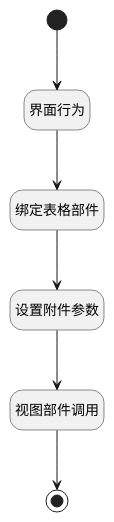
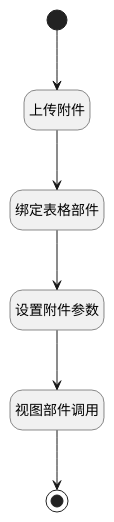
One commit to iBizLab/plm changed the diagram in doc/docsify/module/TestMgmt/review/uilogic/add_attachment.md. Above: the diagram before and after it, drawn with PlantUML. The commit also changed other lines of this file and 1068 other files, not shown here.

````diff
--- a/doc/docsify/module/TestMgmt/review/uilogic/add_attachment.md
+++ b/doc/docsify/module/TestMgmt/review/uilogic/add_attachment.md
@@ -7,27 +7,27 @@
 ```plantuml
 @startuml
 hide footbox
 <style>
 root {
   HyperlinkColor #42b983
 }
 </style>
 
 hide empty description
 state "开始" as Begin <<start>> [[$./add_attachment#begin {开始}]]
+state "绑定表格部件" as PREPAREJSPARAM1  [[$./add_attachment#preparejsparam1 {绑定表格部件}]]
 state "视图部件调用" as VIEWCTRLINVOKE2  [[$./add_attachment#viewctrlinvoke2 {视图部件调用}]]
-state "界面行为" as DEUIACTION1  [[$./add_attachment#deuiaction1 {界面行为}]]
+state "上传附件" as DEUIACTION1  [[$./add_attachment#deuiaction1 {上传附件}]]
+state "结束" as END1 <<end>> [[$./add_attachment#end1 {结束}]]
 state "设置附件参数" as RAWJSCODE4  [[$./add_attachment#rawjscode4 {设置附件参数}]]
-state "绑定表格部件" as PREPAREJSPARAM1  [[$./add_attachment#preparejsparam1 {绑定表格部件}]]
-state "结束" as END1 <<end>> [[$./add_attachment#end1 {结束}]]
 
 
 Begin --> DEUIACTION1
 DEUIACTION1 --> PREPAREJSPARAM1
 PREPAREJSPARAM1 --> RAWJSCODE4
 RAWJSCODE4 --> VIEWCTRLINVOKE2
 VIEWCTRLINVOKE2 --> END1
 
 
 @enduml
 ```
````
